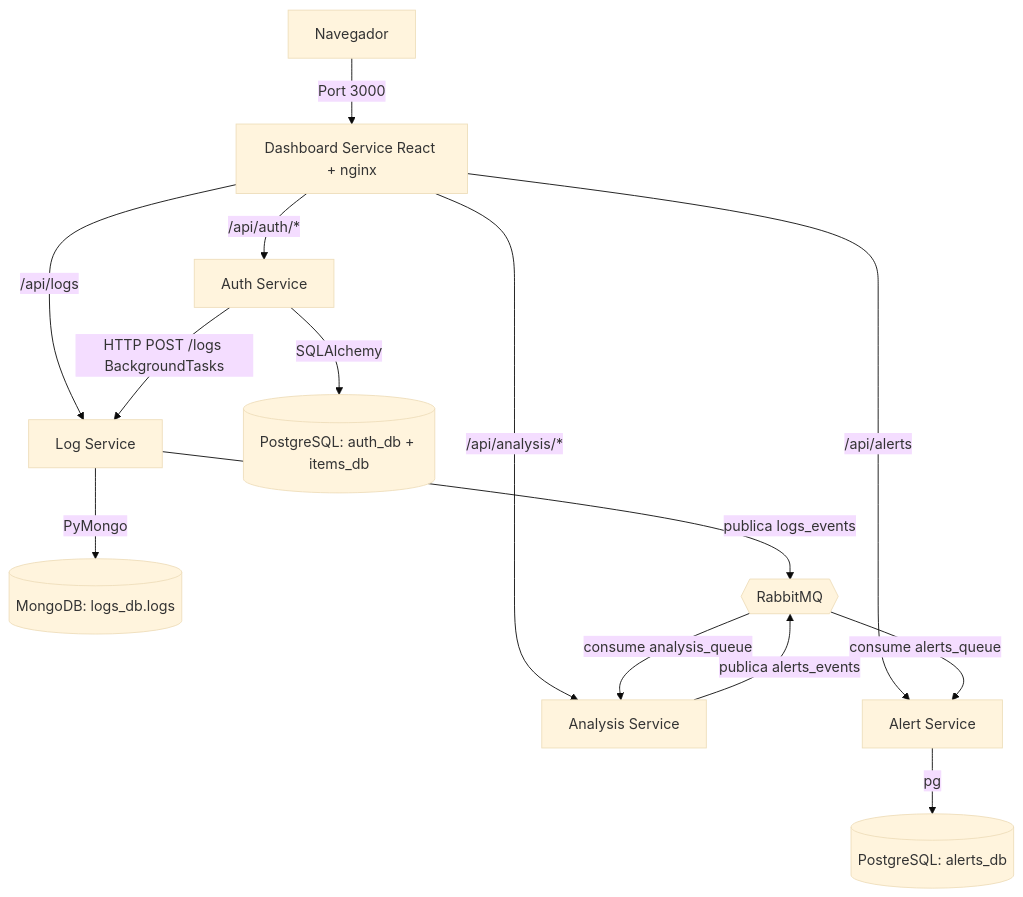
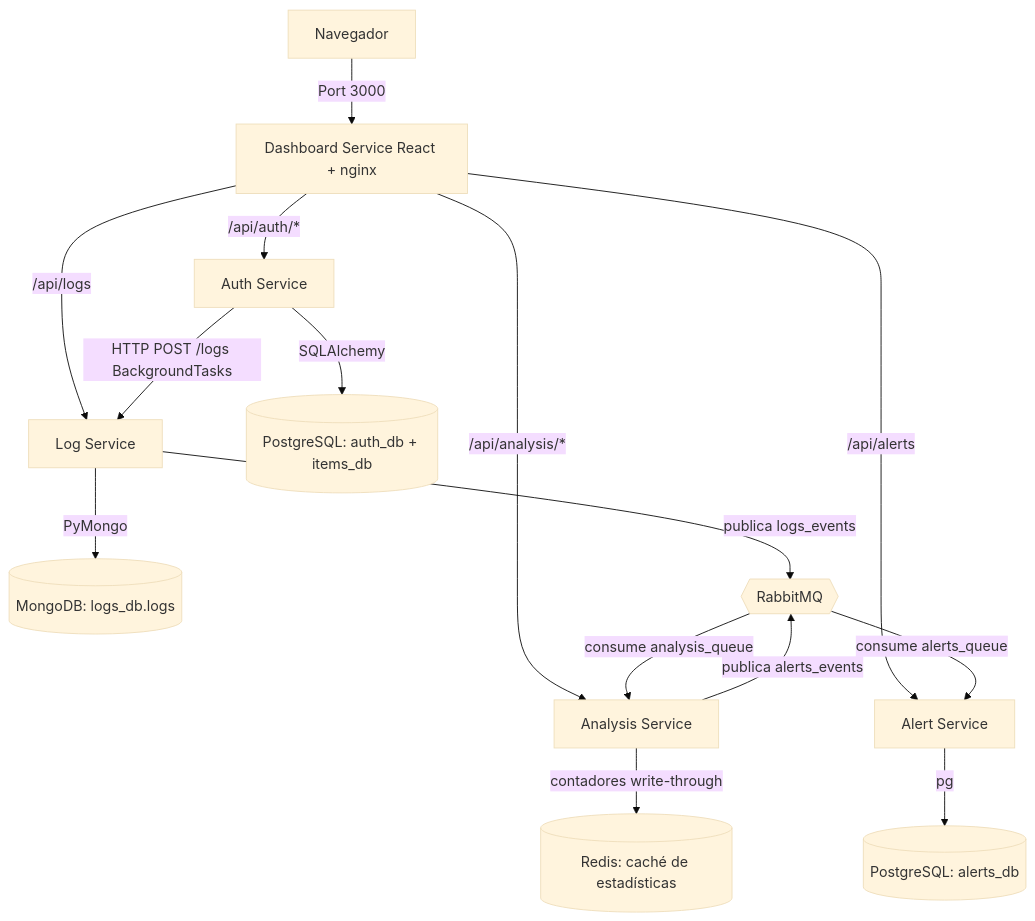
The diagram in README.md (TomasGarco/Proeycto-Ciberseguridad), drawn with Mermaid (base theme) before and after one commit. The commit also changed other lines of this file and 4 other files, not shown here.

First line of the commit message:
Semana 9: Redis como capa de cache del Analysis Service

````diff
--- a/README.md
+++ b/README.md
@@ -23,16 +23,17 @@
 ```mermaid
 graph TD
     Client[Navegador] -->|Port 3000| Dash[Dashboard Service React + nginx]
     Dash -->|/api/auth/*| Auth[Auth Service]
     Dash -->|/api/logs| LogServ[Log Service]
     Dash -->|/api/analysis/*| Analysis[Analysis Service]
     Dash -->|/api/alerts| AlertServ[Alert Service]
     Auth -->|HTTP POST /logs BackgroundTasks| LogServ
     Auth -->|SQLAlchemy| PG[(PostgreSQL: auth_db + items_db)]
     LogServ -->|PyMongo| Mongo[(MongoDB: logs_db.logs)]
     LogServ -->|publica logs_events| MQ{{RabbitMQ}}
     MQ -->|consume analysis_queue| Analysis
     Analysis -->|publica alerts_events| MQ
     MQ -->|consume alerts_queue| AlertServ
     AlertServ -->|pg| PGA[(PostgreSQL: alerts_db)]
+    Analysis -->|contadores write-through| Redis[(Redis: caché de estadísticas)]
 ```
````
